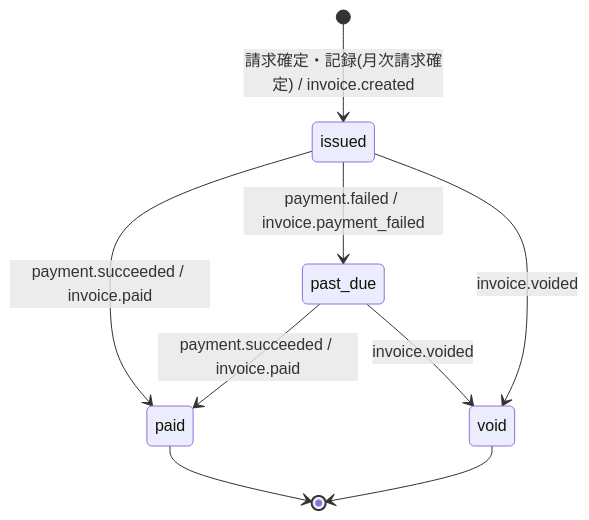
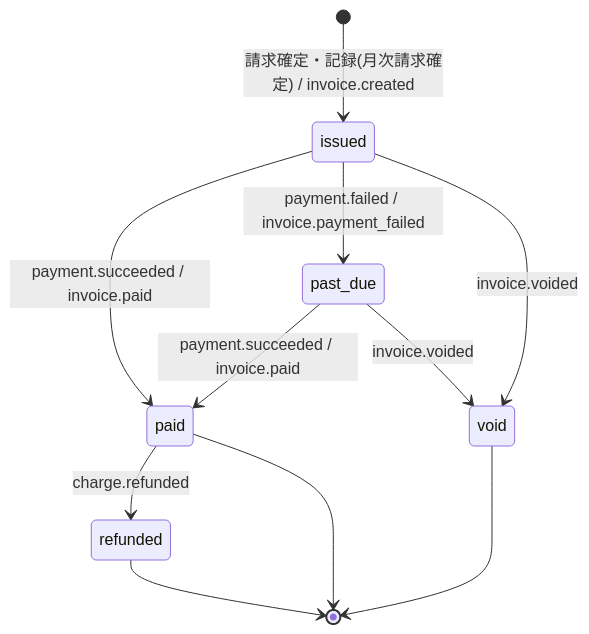
Before and after one commit to sikakou54/open-faq: the eighth of 10 diagrams in 02_basic_design/08_state-model.md, drawn with Mermaid. The commit also changed other lines of this file and 21 other files, not shown here.

````diff
--- a/02_basic_design/08_state-model.md
+++ b/02_basic_design/08_state-model.md
@@ -183,11 +185,13 @@
 ```mermaid
 stateDiagram-v2
   [*] --> issued: 請求確定・記録(月次請求確定) / invoice.created
   issued --> paid: payment.succeeded / invoice.paid
   issued --> past_due: payment.failed / invoice.payment_failed
   past_due --> paid: payment.succeeded / invoice.paid
   issued --> void: invoice.voided
   past_due --> void: invoice.voided
+  paid --> refunded: charge.refunded
   paid --> [*]
+  refunded --> [*]
   void --> [*]
 ```
````
